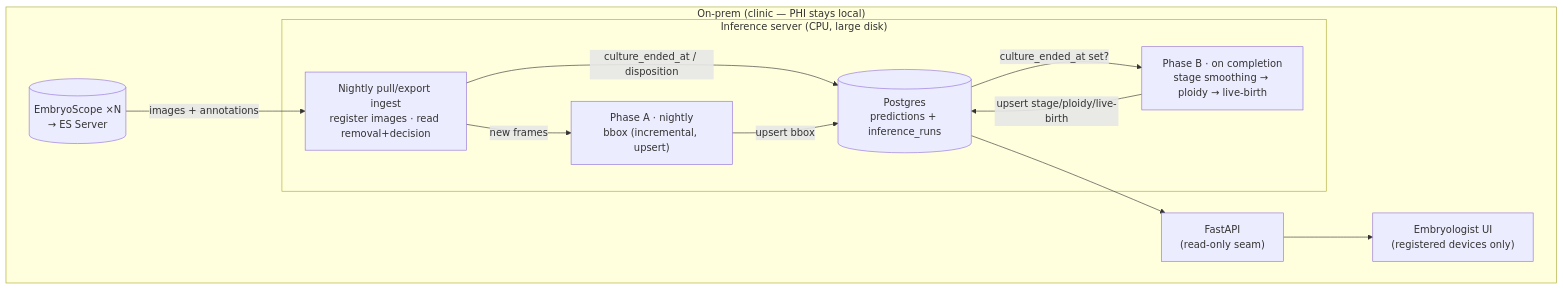
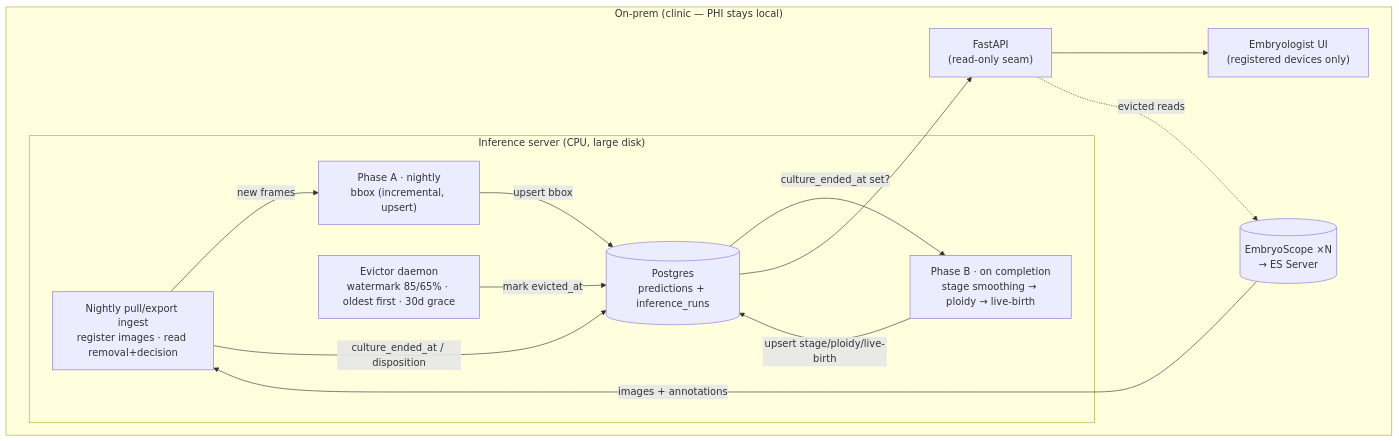
The diagram in plans/infra_plan.md (berkyalcinkaya/cfi-demo), drawn with Mermaid before and after one commit. The commit also changed other lines of this file and 15 other files, not shown here.

````diff
--- a/plans/infra_plan.md
+++ b/plans/infra_plan.md
@@ -78,22 +78,25 @@
 ```mermaid
 flowchart TB
   subgraph clinic["On-prem (clinic — PHI stays local)"]
     ES[("EmbryoScope ×N<br/>→ ES Server")]
     subgraph srv["Inference server (CPU, large disk)"]
       ING["Nightly pull/export ingest<br/>register images · read removal+decision"]
       A["Phase A · nightly<br/>bbox (incremental, upsert)"]
       B["Phase B · on completion<br/>stage smoothing → ploidy → live-birth"]
+      EV["Evictor daemon<br/>watermark 85/65% · oldest first · 30d grace"]
       DB[("Postgres<br/>predictions + inference_runs")]
     end
     API["FastAPI<br/>(read-only seam)"]
     UI["Embryologist UI<br/>(registered devices only)"]
   end
 
   ES -->|images + annotations| ING
   ING -->|new frames| A
   ING -->|culture_ended_at / disposition| DB
   A -->|upsert bbox| DB
   DB -->|culture_ended_at set?| B
   B -->|upsert stage/ploidy/live-birth| DB
+  EV -->|mark evicted_at| DB
   DB --> API --> UI
+  API -.->|evicted reads| ES
 ```
````
